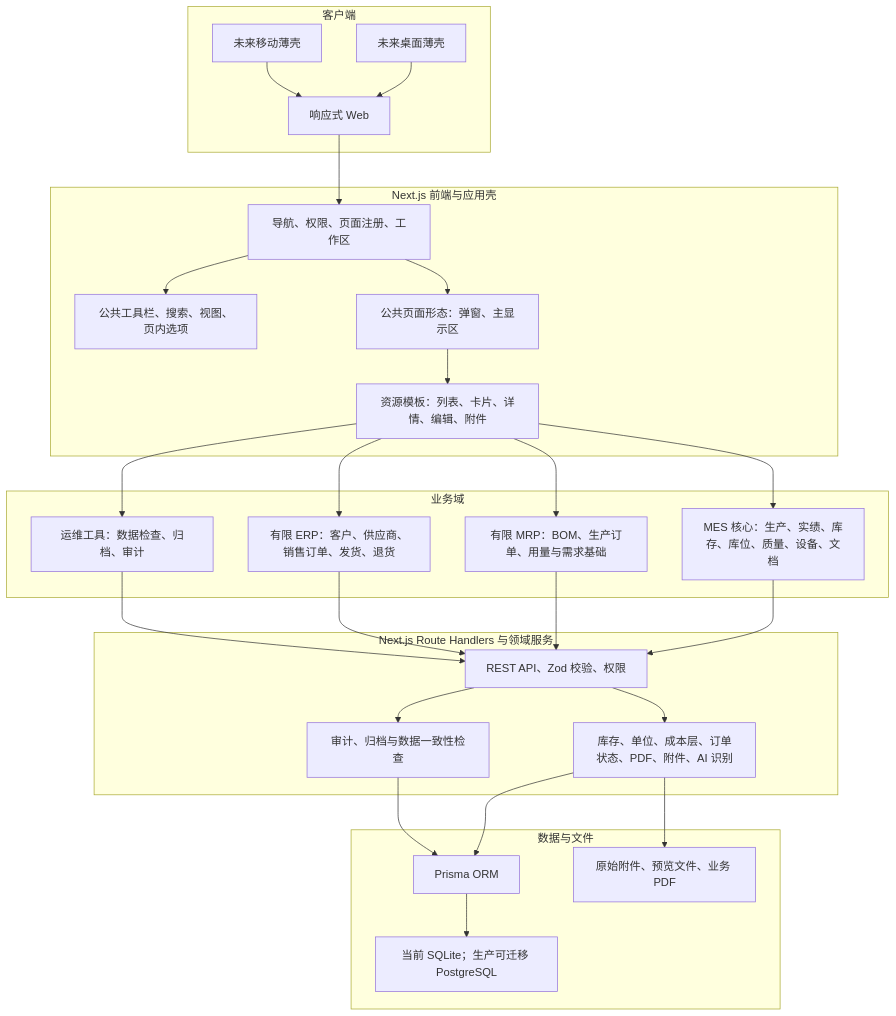
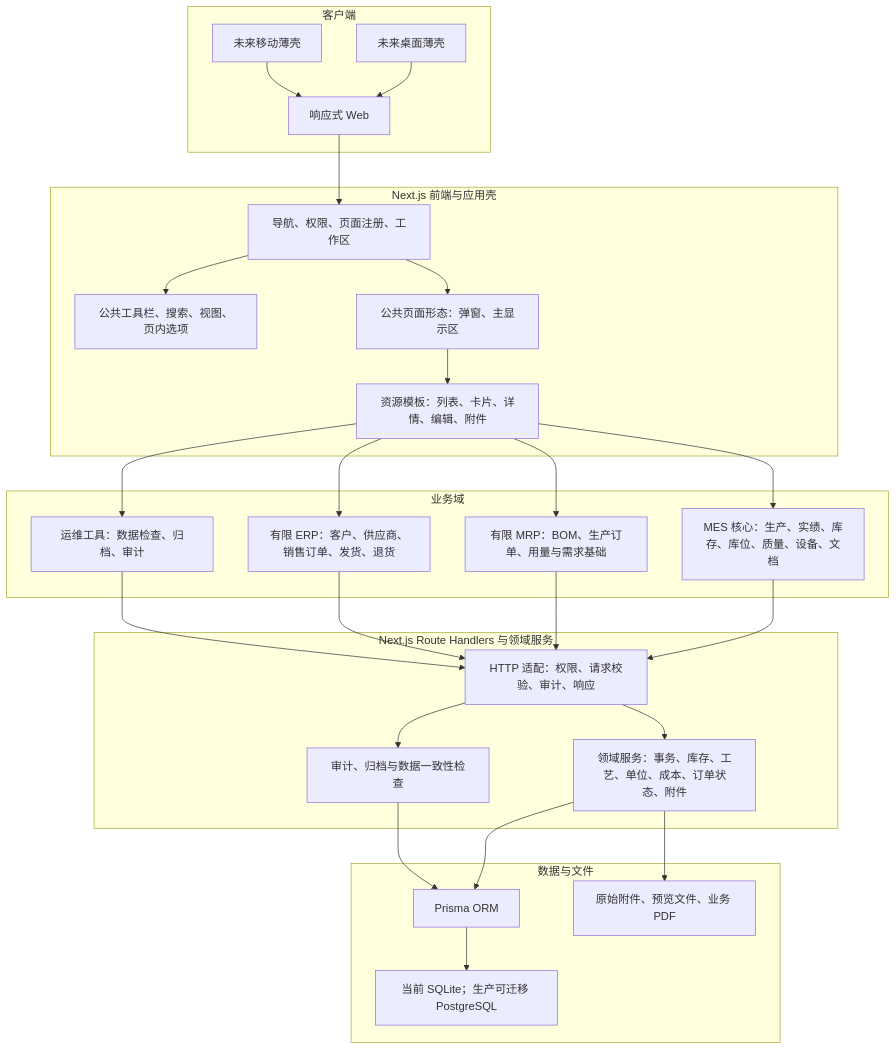
The first of 2 diagrams in docs/architecture/系统结构图.md (goldf2/mes-lite), drawn with Mermaid before and after one commit. The commit also changed other lines of this file and 16 other files, not shown here.

````diff
--- a/docs/architecture/系统结构图.md
+++ b/docs/architecture/系统结构图.md
@@ -5,55 +5,55 @@
 ```mermaid
 flowchart TB
   subgraph Client["客户端"]
     Web["响应式 Web"]
     Desktop["未来桌面薄壳"]
     Mobile["未来移动薄壳"]
   end
 
   subgraph Frontend["Next.js 前端与应用壳"]
     Shell["导航、权限、页面注册、工作区"]
     Toolbar["公共工具栏、搜索、视图、页内选项"]
     Presentation["公共页面形态：弹窗、主显示区"]
     Resource["资源模板：列表、卡片、详情、编辑、附件"]
   end
 
   subgraph Domain["业务域"]
     MES["MES 核心：生产、实绩、库存、库位、质量、设备、文档"]
     MRP["有限 MRP：BOM、生产订单、用量与需求基础"]
     ERP["有限 ERP：客户、供应商、销售订单、发货、退货"]
     Operations["运维工具：数据检查、归档、审计"]
   end
 
   subgraph Server["Next.js Route Handlers 与领域服务"]
-    API["REST API、Zod 校验、权限"]
-    Services["库存、单位、成本层、订单状态、PDF、附件、AI 识别"]
+    API["HTTP 适配：权限、请求校验、审计、响应"]
+    Services["领域服务：事务、库存、工艺、单位、成本、订单状态、附件"]
     Audit["审计、归档与数据一致性检查"]
   end
 
   subgraph Data["数据与文件"]
     Prisma["Prisma ORM"]
     DB["当前 SQLite；生产可迁移 PostgreSQL"]
     Storage["原始附件、预览文件、业务 PDF"]
   end
 
   Web --> Shell
   Desktop --> Web
   Mobile --> Web
   Shell --> Toolbar
   Shell --> Presentation
   Presentation --> Resource
   Resource --> MES
   Resource --> MRP
   Resource --> ERP
   Resource --> Operations
   MES --> API
   MRP --> API
   ERP --> API
   Operations --> API
   API --> Services
   API --> Audit
   Services --> Prisma
   Audit --> Prisma
   Prisma --> DB
   Services --> Storage
 ```
````
